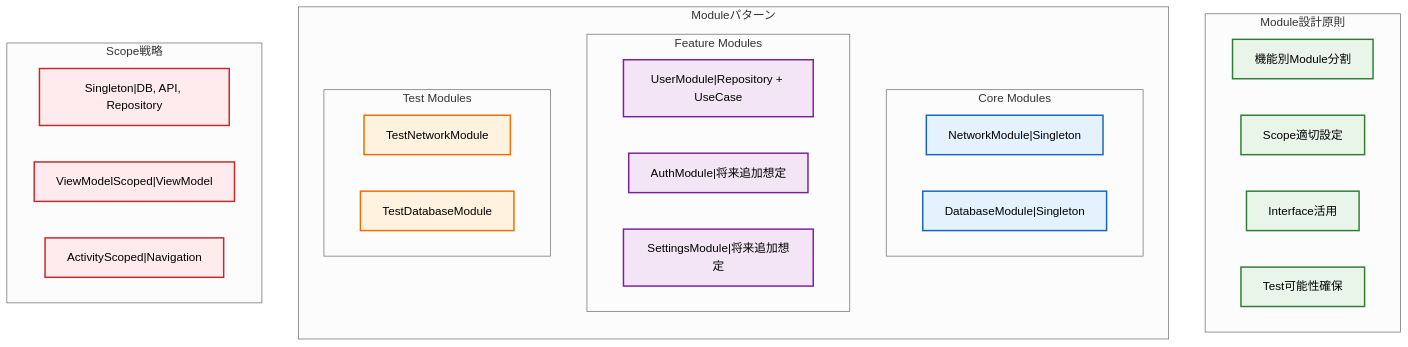
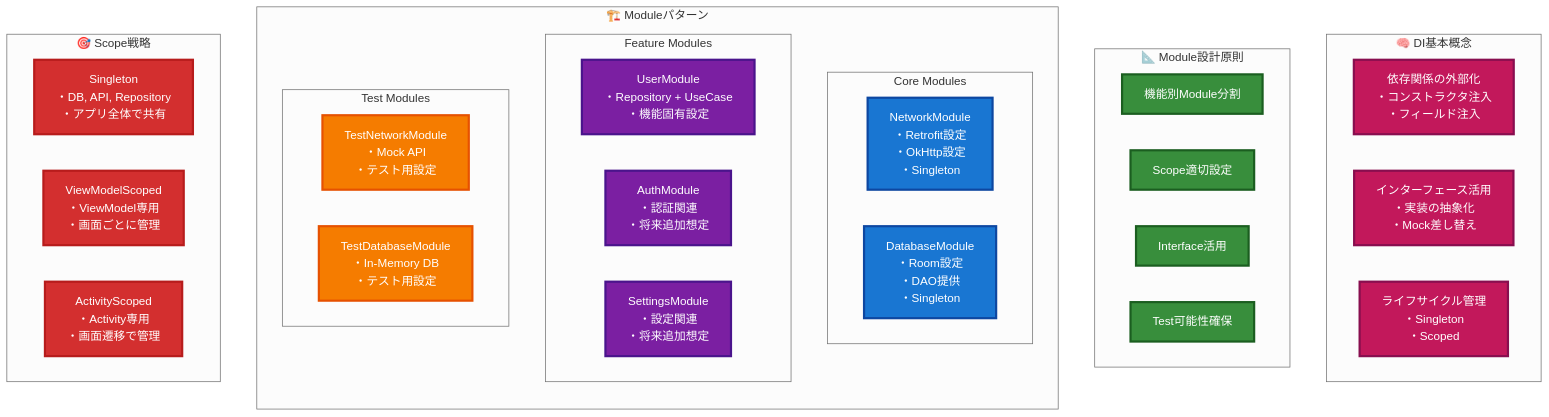
One commit to shimanukims/android-base changed the fourth of 7 diagrams in ARCHITECTURE_GUIDE.md. Above: the diagram before and after it, drawn with Mermaid (neutral theme). The commit also changed other lines of this file and 10 other files, not shown here.

````diff
--- a/ARCHITECTURE_GUIDE.md
+++ b/ARCHITECTURE_GUIDE.md
@@ -297,48 +334,56 @@
 ```mermaid
 graph TB
-    subgraph ModuleDesignPrinciples ["Module設計原則"]
-        A[機能別Module分割]
-        B[Scope適切設定]
-        C[Interface活用]
-        D[Test可能性確保]
+    subgraph DIConcepts ["🧠 DI基本概念"]
+        A["依存関係の外部化<br/>・コンストラクタ注入<br/>・フィールド注入"]
+        B["インターフェース活用<br/>・実装の抽象化<br/>・Mock差し替え"]
+        C["ライフサイクル管理<br/>・Singleton<br/>・Scoped"]
     end
     
-    subgraph ModulePatterns ["Moduleパターン"]
+    subgraph ModuleDesignPrinciples ["📐 Module設計原則"]
+        D[機能別Module分割]
+        E[Scope適切設定]
+        F[Interface活用]
+        G[Test可能性確保]
+    end
+    
+    subgraph ModulePatterns ["🏗️ Moduleパターン"]
         direction TB
         
         subgraph CoreModules ["Core Modules"]
-            NetMod["NetworkModule|Singleton"]
-            DBMod["DatabaseModule|Singleton"]
+            NetMod["NetworkModule<br/>・Retrofit設定<br/>・OkHttp設定<br/>・Singleton"]
+            DBMod["DatabaseModule<br/>・Room設定<br/>・DAO提供<br/>・Singleton"]
         end
         
         subgraph FeatureModules ["Feature Modules"]
-            UserMod["UserModule|Repository + UseCase"]
-            AuthMod["AuthModule|将来追加想定"]
-            SettingMod["SettingsModule|将来追加想定"]
+            UserMod["UserModule<br/>・Repository + UseCase<br/>・機能固有設定"]
+            AuthMod["AuthModule<br/>・認証関連<br/>・将来追加想定"]
+            SettingMod["SettingsModule<br/>・設定関連<br/>・将来追加想定"]
         end
         
         subgraph TestModules ["Test Modules"]
-            TestNetMod["TestNetworkModule"]
-            TestDBMod["TestDatabaseModule"]
+            TestNetMod["TestNetworkModule<br/>・Mock API<br/>・テスト用設定"]
+            TestDBMod["TestDatabaseModule<br/>・In-Memory DB<br/>・テスト用設定"]
         end
     end
     
-    subgraph ScopeStrategy ["Scope戦略"]
-        SingletonScope["Singleton|DB, API, Repository"]
-        ViewModelScope["ViewModelScoped|ViewModel"]
-        ActivityScope["ActivityScoped|Navigation"]
+    subgraph ScopeStrategy ["🎯 Scope戦略"]
+        SingletonScope["Singleton<br/>・DB, API, Repository<br/>・アプリ全体で共有"]
+        ViewModelScope["ViewModelScoped<br/>・ViewModel専用<br/>・画面ごとに管理"]
+        ActivityScope["ActivityScoped<br/>・Activity専用<br/>・画面遷移で管理"]
     end
     
-    %% スタイリング
-    classDef principleStyle fill:#e8f5e8,stroke:#2e7d32,stroke-width:2px
-    classDef coreStyle fill:#e3f2fd,stroke:#1565c0,stroke-width:2px
-    classDef featureStyle fill:#f3e5f5,stroke:#7b1fa2,stroke-width:2px
-    classDef testStyle fill:#fff3e0,stroke:#ef6c00,stroke-width:2px
-    classDef scopeStyle fill:#ffebee,stroke:#c62828,stroke-width:2px
+    %% スタイリング - VSCode対応
+    classDef conceptStyle fill:#c2185b,stroke:#880e4f,stroke-width:3px,color:#ffffff
+    classDef principleStyle fill:#388e3c,stroke:#1b5e20,stroke-width:3px,color:#ffffff
+    classDef coreStyle fill:#1976d2,stroke:#0d47a1,stroke-width:3px,color:#ffffff
+    classDef featureStyle fill:#7b1fa2,stroke:#4a148c,stroke-width:3px,color:#ffffff
+    classDef testStyle fill:#f57c00,stroke:#e65100,stroke-width:3px,color:#ffffff
+    classDef scopeStyle fill:#d32f2f,stroke:#b71c1c,stroke-width:3px,color:#ffffff
     
-    class A,B,C,D principleStyle
+    class A,B,C conceptStyle
+    class D,E,F,G principleStyle
     class NetMod,DBMod coreStyle
     class UserMod,AuthMod,SettingMod featureStyle
     class TestNetMod,TestDBMod testStyle
     class SingletonScope,ViewModelScope,ActivityScope scopeStyle
 ```
````
